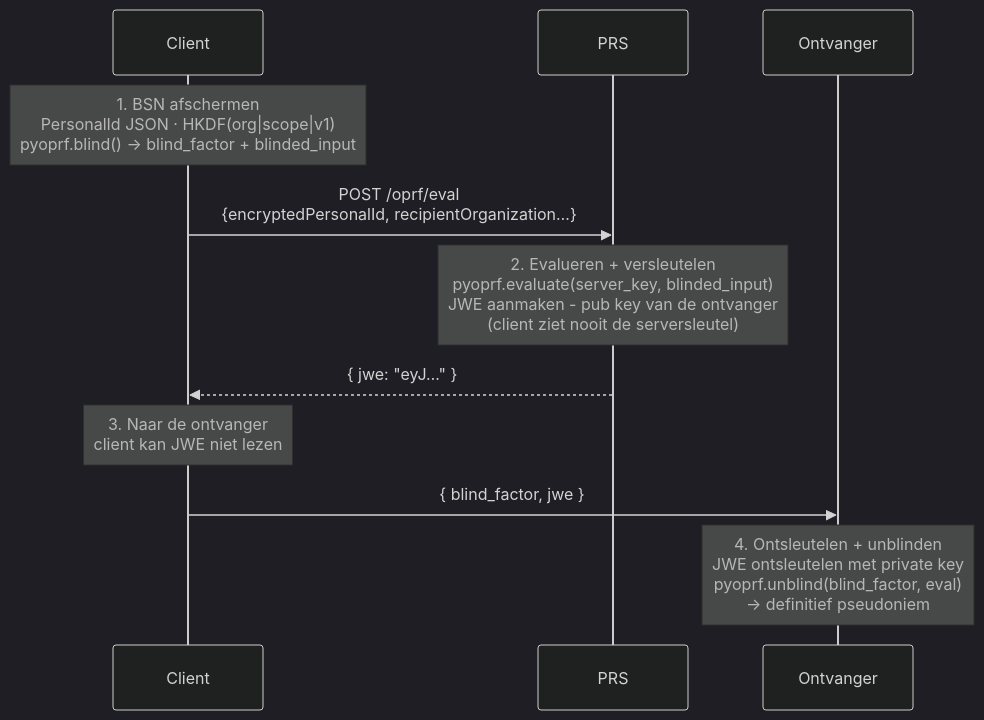
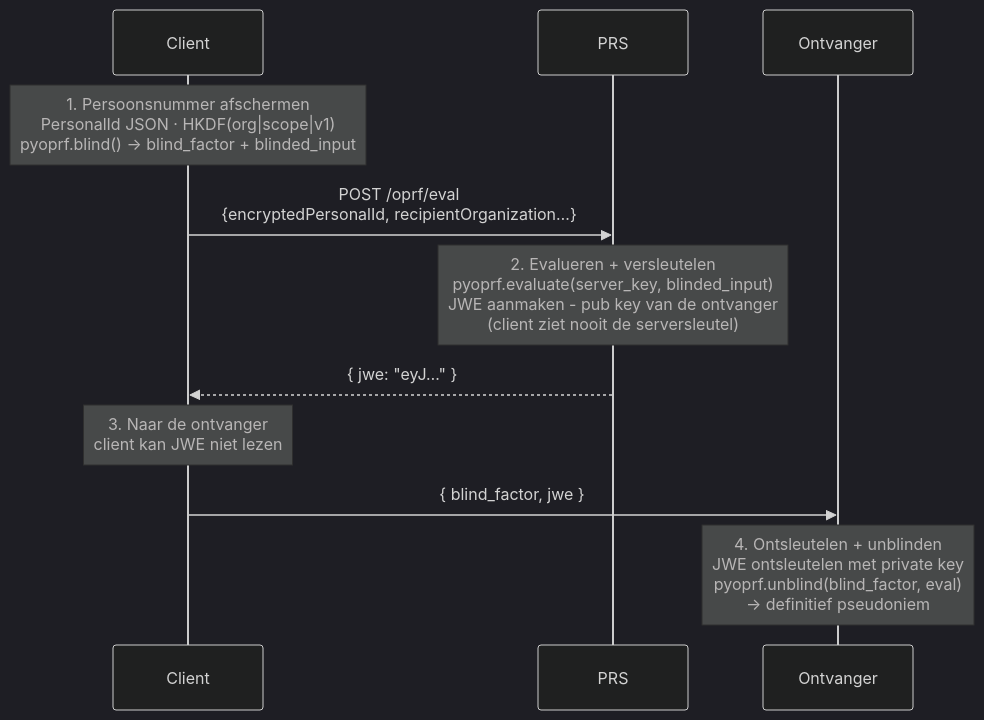
One commit to minvws/gfmodules-technische-documentatie changed the diagram in themes/gfmodules/static/assets/img/oprf-flow.mmd. Above: the diagram before and after it, drawn with Mermaid (dark theme). The commit also changed 3 other files, not shown here.

```diff
--- a/themes/gfmodules/static/assets/img/oprf-flow.mmd
+++ b/themes/gfmodules/static/assets/img/oprf-flow.mmd
@@ -1,18 +1,18 @@
 sequenceDiagram
     participant C as Client
     participant P as PRS
     participant R as Ontvanger
 
-    Note over C: 1. BSN afschermen<br/>PersonalId JSON · HKDF(org|scope|v1)<br/>pyoprf.blind() → blind_factor + blinded_input
+    Note over C: 1. Persoonsnummer afschermen<br/>PersonalId JSON · HKDF(org|scope|v1)<br/>pyoprf.blind() → blind_factor + blinded_input
 
     C->>P: POST /oprf/eval<br/>{encryptedPersonalId, recipientOrganization…}
 
     Note over P: 2. Evalueren + versleutelen<br/>pyoprf.evaluate(server_key, blinded_input)<br/>JWE aanmaken - pub key van de ontvanger<br/>(client ziet nooit de serversleutel)
 
     P-->>C: { jwe: "eyJ…" }
 
     Note over C: 3. Naar de ontvanger<br/>client kan JWE niet lezen
 
     C->>R: { blind_factor, jwe }
 
     Note over R: 4. Ontsleutelen + unblinden<br/>JWE ontsleutelen met private key<br/>pyoprf.unblind(blind_factor, eval)<br/>→ definitief pseudoniem
```
